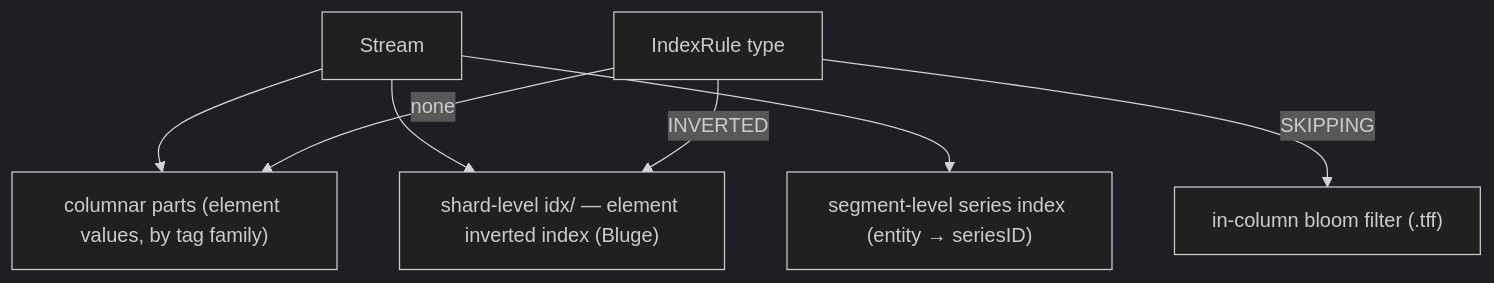
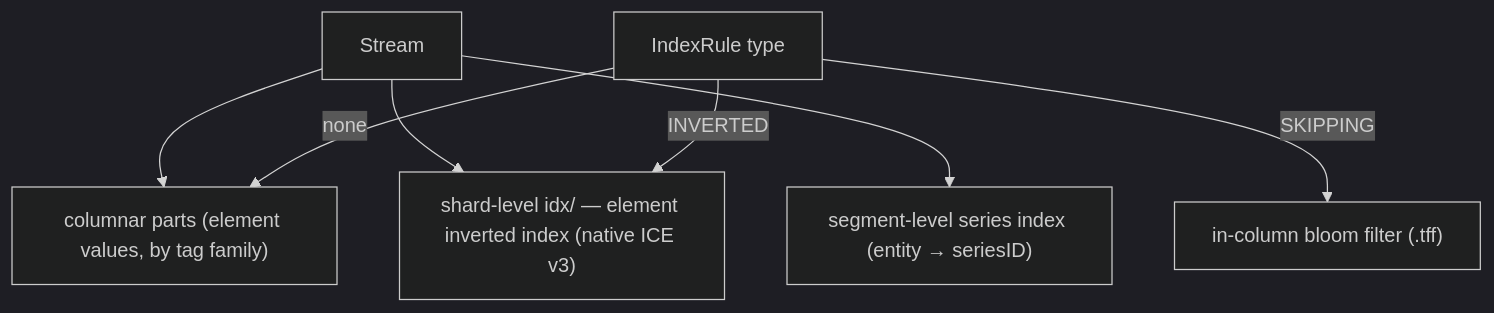
The seventh of 11 diagrams in docs/concept/storage-and-format.md (apache/skywalking-banyandb), drawn with Mermaid (dark theme) before and after one commit. The commit also changed other lines of this file and 161 other files, not shown here.

Commit message:
feat(index): cut the series index over to the native index and remove the legacy engine (NIDX-03) (#1397)

````diff
--- a/docs/concept/storage-and-format.md
+++ b/docs/concept/storage-and-format.md
@@ -223,9 +223,9 @@
 ```mermaid
 flowchart TD
     STR["Stream"] --> COL["columnar parts (element values, by tag family)"]
-    STR --> EIDX["shard-level idx/ — element inverted index (Bluge)"]
+    STR --> EIDX["shard-level idx/ — element inverted index (native ICE v3)"]
     STR --> SER["segment-level series index (entity → seriesID)"]
     R["IndexRule type"] -->|INVERTED| EIDX
     R -->|SKIPPING| BLOOM["in-column bloom filter (.tff)"]
     R -->|none| COL
 ```
````
